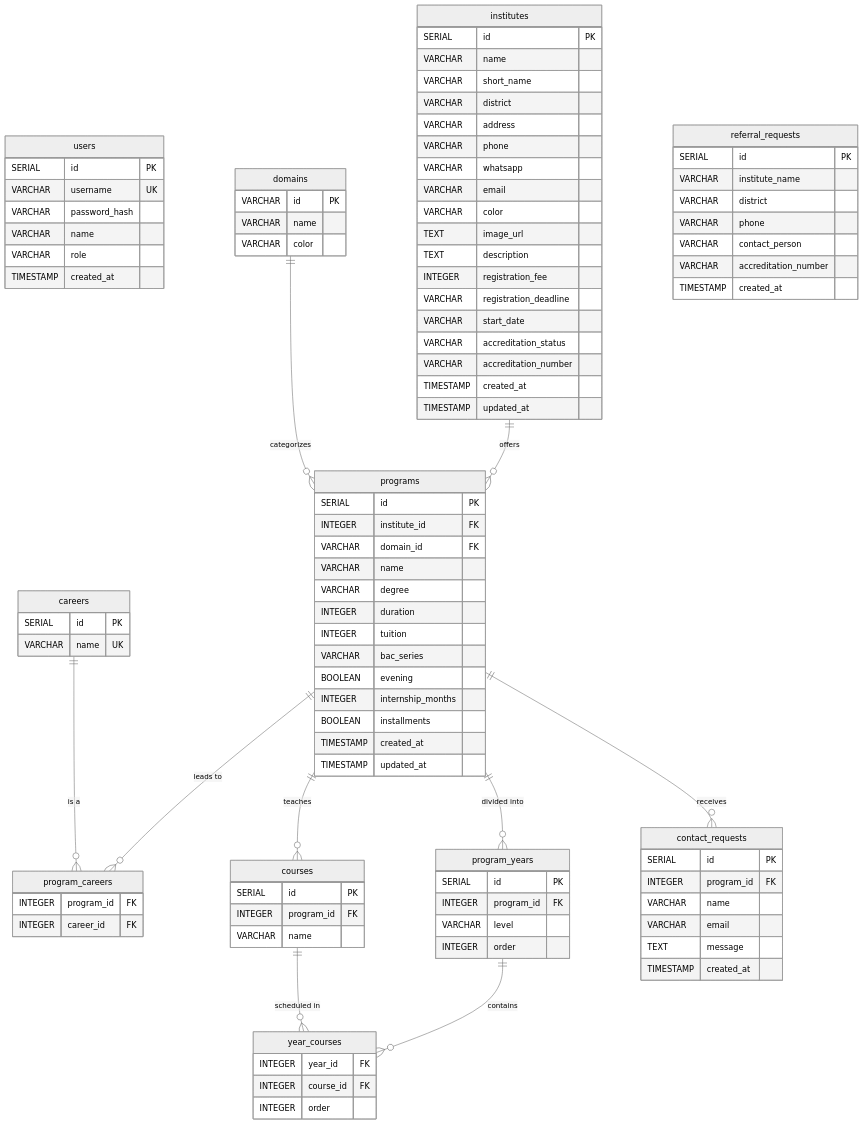
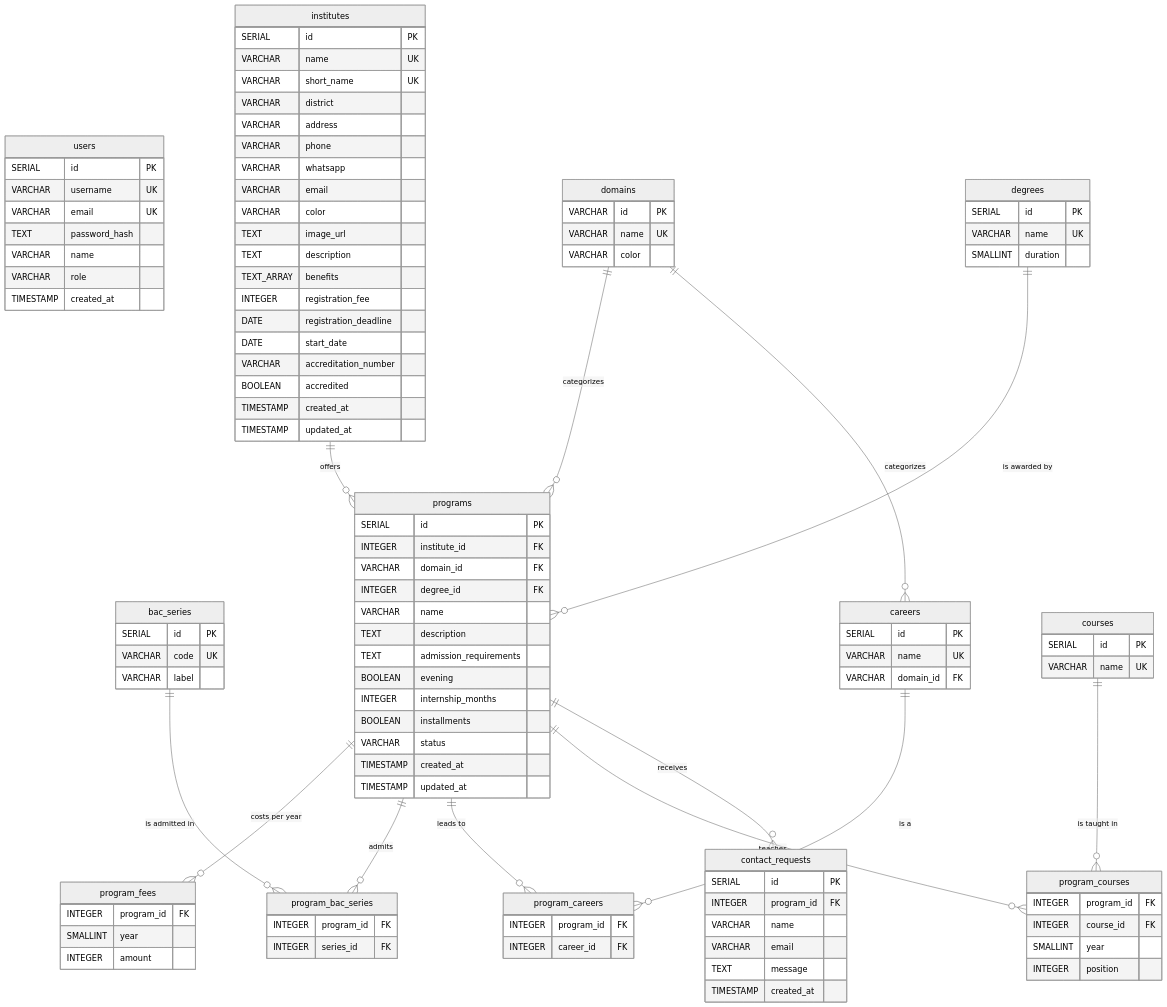
Before and after one commit to Flammeduciel/s17-squad15-orienta: the diagram in docs/schema.md, drawn with Mermaid (neutral theme). The commit also changed other lines of this file and 2 other files, not shown here.

````diff
--- a/docs/schema.md
+++ b/docs/schema.md
@@ -7,7 +11,8 @@
     users {
         SERIAL id PK
         VARCHAR username UK
-        VARCHAR password_hash
+        VARCHAR email UK
+        TEXT password_hash
         VARCHAR name
         VARCHAR role
         TIMESTAMP created_at
@@ -15,14 +20,26 @@
 
     domains {
         VARCHAR id PK
-        VARCHAR name
+        VARCHAR name UK
         VARCHAR color
+    }
+
+    degrees {
+        SERIAL id PK
+        VARCHAR name UK
+        SMALLINT duration
+    }
+
+    bac_series {
+        SERIAL id PK
+        VARCHAR code UK
+        VARCHAR label
     }
 
     institutes {
         SERIAL id PK
-        VARCHAR name
-        VARCHAR short_name
+        VARCHAR name UK
+        VARCHAR short_name UK
         VARCHAR district
         VARCHAR address
         VARCHAR phone
@@ -31,11 +48,12 @@
         VARCHAR color
         TEXT image_url
         TEXT description
+        TEXT_ARRAY benefits
         INTEGER registration_fee
-        VARCHAR registration_deadline
-        VARCHAR start_date
-        VARCHAR accreditation_status
+        DATE registration_deadline
+        DATE start_date
         VARCHAR accreditation_number
+        BOOLEAN accredited
         TIMESTAMP created_at
         TIMESTAMP updated_at
     }
@@ -44,21 +62,33 @@
         SERIAL id PK
         INTEGER institute_id FK
         VARCHAR domain_id FK
+        INTEGER degree_id FK
         VARCHAR name
-        VARCHAR degree
-        INTEGER duration
-        INTEGER tuition
-        VARCHAR bac_series
+        TEXT description
+        TEXT admission_requirements
         BOOLEAN evening
         INTEGER internship_months
         BOOLEAN installments
+        VARCHAR status
         TIMESTAMP created_at
         TIMESTAMP updated_at
+    }
+
+    program_fees {
+        INTEGER program_id FK
+        SMALLINT year
+        INTEGER amount
+    }
+
+    program_bac_series {
+        INTEGER program_id FK
+        INTEGER series_id FK
     }
 
     careers {
         SERIAL id PK
         VARCHAR name UK
+        VARCHAR domain_id FK
     }
 
     program_careers {
@@ -68,21 +98,14 @@
 
     courses {
         SERIAL id PK
-        INTEGER program_id FK
-        VARCHAR name
+        VARCHAR name UK
     }
 
-    program_years {
-        SERIAL id PK
+    program_courses {
         INTEGER program_id FK
-        VARCHAR level
-        INTEGER order
-    }
-
-    year_courses {
-        INTEGER year_id FK
         INTEGER course_id FK
-        INTEGER order
+        SMALLINT year
+        INTEGER position
     }
 
     contact_requests {
@@ -94,23 +117,16 @@
         TIMESTAMP created_at
     }
 
-    referral_requests {
-        SERIAL id PK
-        VARCHAR institute_name
-        VARCHAR district
-        VARCHAR phone
-        VARCHAR contact_person
-        VARCHAR accreditation_number
-        TIMESTAMP created_at
-    }
-
     institutes ||--o{ programs : "offers"
     domains ||--o{ programs : "categorizes"
+    degrees ||--o{ programs : "is awarded by"
+    domains ||--o{ careers : "categorizes"
+    programs ||--o{ program_fees : "costs per year"
+    programs ||--o{ program_bac_series : "admits"
+    bac_series ||--o{ program_bac_series : "is admitted in"
     programs ||--o{ program_careers : "leads to"
     careers ||--o{ program_careers : "is a"
-    programs ||--o{ courses : "teaches"
-    programs ||--o{ program_years : "divided into"
-    program_years ||--o{ year_courses : "contains"
-    courses ||--o{ year_courses : "scheduled in"
+    programs ||--o{ program_courses : "teaches"
+    courses ||--o{ program_courses : "is taught in"
     programs ||--o{ contact_requests : "receives"
 ```
````
